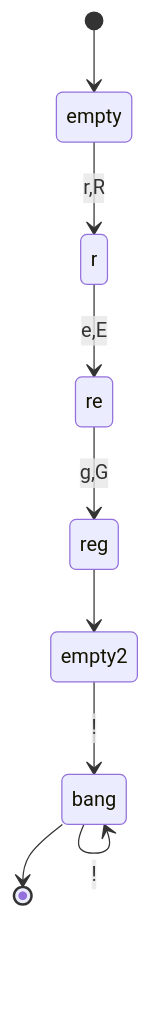
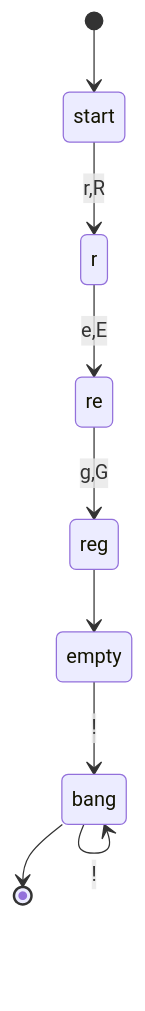
Before and after one commit to raganwald/raganwald.github.com: diagram 17 of 39 in _posts/2019-09-21-regular-expressions.md, drawn with Mermaid. The commit also changed other lines of this file, not shown here.

```diff
--- a/_posts/2019-09-21-regular-expressions.md
+++ b/_posts/2019-09-21-regular-expressions.md
@@ -2079,11 +2057,11 @@
 <div class="mermaid">
   stateDiagram
-    [*]-->empty
-    empty-->r : r,R
+    [*]-->start
+    start-->r : r,R
     r-->re : e,E
     re-->reg : g,G
-    reg-->empty2
-    empty2-->bang : !
+    reg-->empty
+    empty-->bang : !
     bang-->bang : !
     bang-->[*]
 </div>
```
